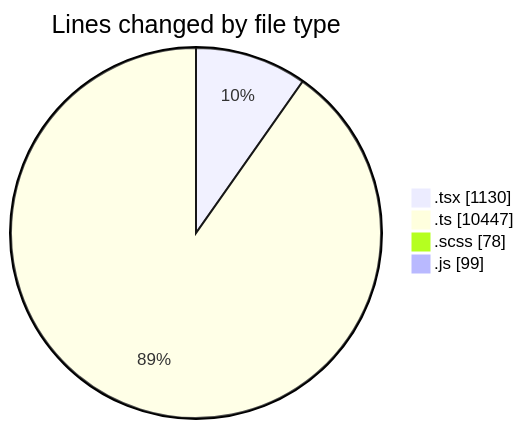
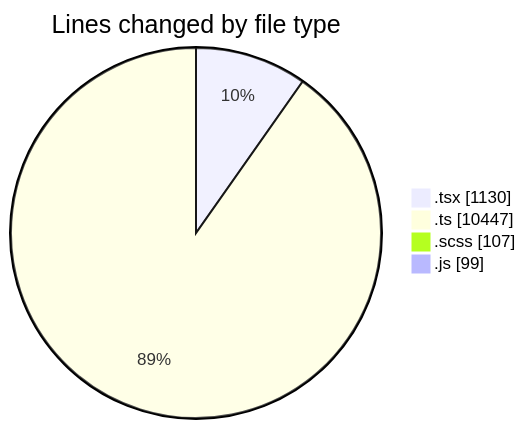
Before and after one commit to momahboobian/code-tracking: the first of 2 diagrams in 2025-03-26/cda/README.md, drawn with Mermaid. The commit also changed other lines of this file and 1 other file, not shown here.

````diff
--- a/2025-03-26/cda/README.md
+++ b/2025-03-26/cda/README.md
@@ -42,8 +42,8 @@
 ```mermaid
 pie showData
 title Lines changed by file type
 ".tsx" : 1130
 ".ts" : 10447
-".scss" : 78
+".scss" : 107
 ".js" : 99
 ```
````
